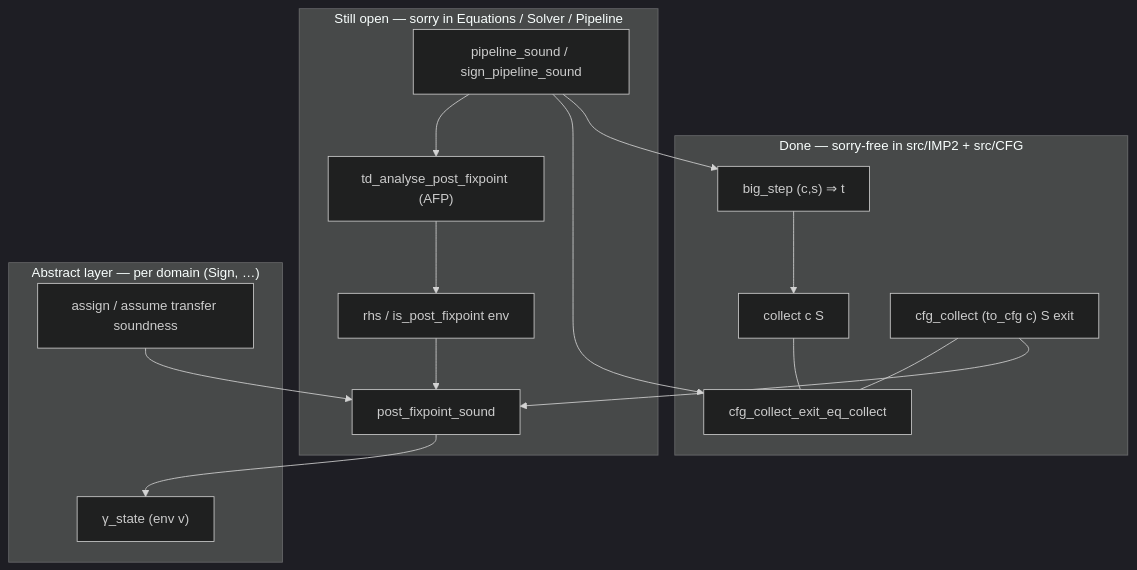
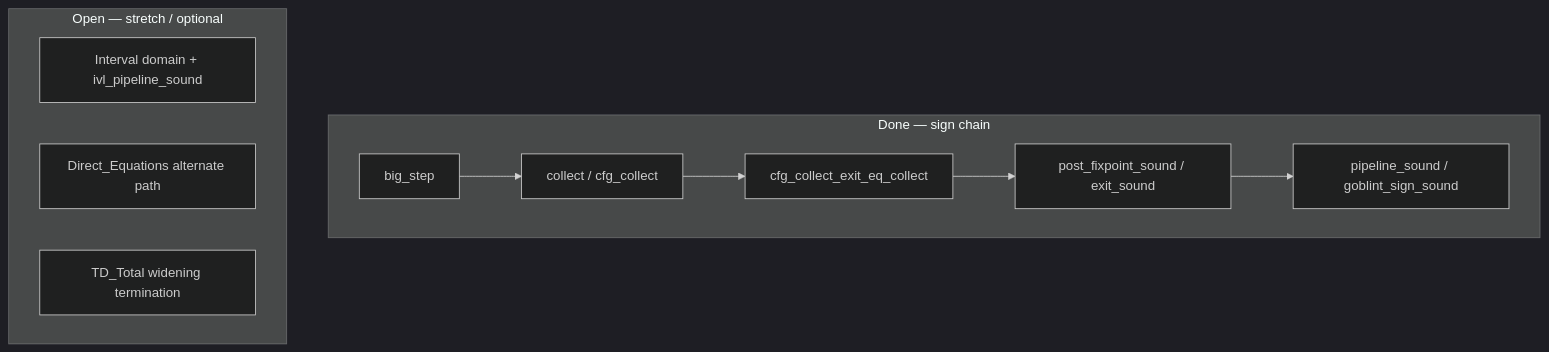
Before and after one commit to ManuelLerchner/Voblint-Verification-Master-Thesis: the diagram in docs/PROOF_OVERVIEW.md, drawn with Mermaid (dark theme). The commit also changed other lines of this file and 20 other files, not shown here.

````diff
--- a/docs/PROOF_OVERVIEW.md
+++ b/docs/PROOF_OVERVIEW.md
@@ -120,33 +44,16 @@
 ```mermaid
 flowchart TD
-  subgraph done ["Done — sorry-free in src/IMP2 + src/CFG"]
-    BS["big_step (c,s) ⇒ t"]
-    COL["collect c S"]
-    CC["cfg_collect (to_cfg c) S exit"]
+  subgraph done ["Done — sign chain"]
+    BS["big_step"]
+    COL["collect / cfg_collect"]
     EQ["cfg_collect_exit_eq_collect"]
-    BS --> COL
-    COL --- EQ
-    CC --- EQ
+    ABS["post_fixpoint_sound / exit_sound"]
+    PS["pipeline_sound / goblint_sign_sound"]
+    BS --> COL --> EQ --> ABS --> PS
   end
-
-  subgraph open ["Still open — sorry in Equations / Solver / Pipeline"]
-    RHS["rhs / is_post_fixpoint env"]
-    ABS["post_fixpoint_sound"]
-    TD["td_analyse_post_fixpoint (AFP)"]
-    PS["pipeline_sound / sign_pipeline_sound"]
+  subgraph open ["Open — stretch / optional"]
+    IVL["Interval domain + ivl_pipeline_sound"]
+    DIR["Direct_Equations alternate path"]
+    TOT["TD_Total widening termination"]
   end
-
-  subgraph abs ["Abstract layer — per domain (Sign, …)"]
-    GAMMA["γ_state (env v)"]
-    TF["assign / assume transfer soundness"]
-  end
-
-  CC --> ABS
-  RHS --> ABS
-  TF --> ABS
-  ABS --> GAMMA
-  TD --> RHS
-  PS --> TD
-  PS --> EQ
-  PS --> BS
 ```
````
